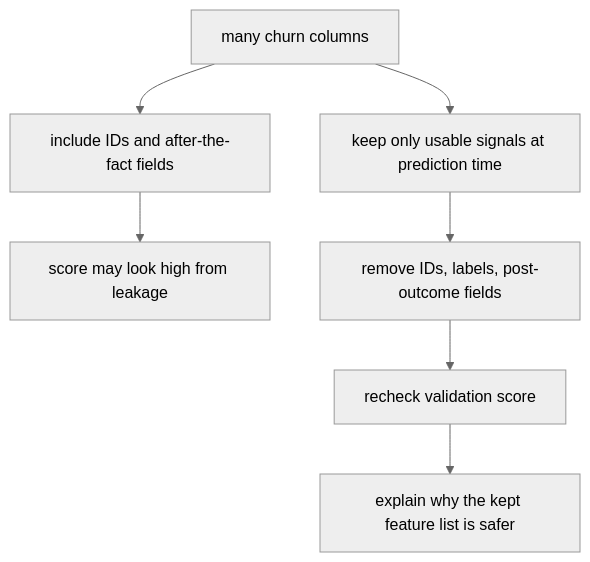
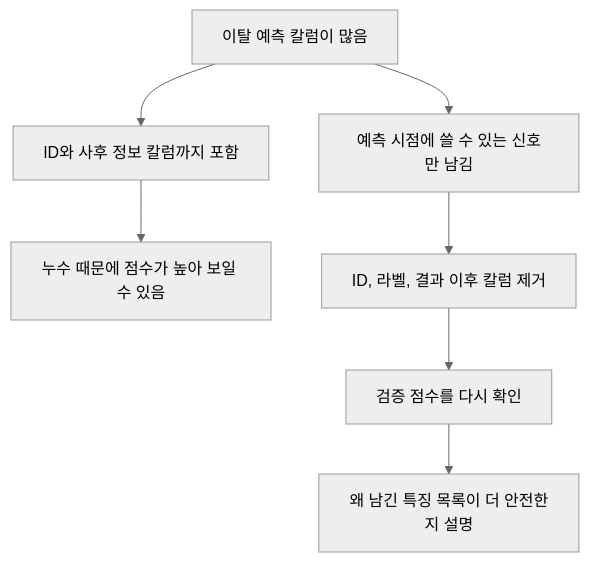
One commit to devchan64/AiBook changed the fourth of 4 diagrams in docs/parts/part-04/chapter-07/section-01.md. Above: the diagram before and after it, drawn with Mermaid (neutral theme). The commit also changed other lines of this file and 138 other files, not shown here.

````diff
--- a/docs/parts/part-04/chapter-07/section-01.md
+++ b/docs/parts/part-04/chapter-07/section-01.md
@@ -530,13 +530,13 @@
 ```mermaid
 flowchart TD
-  A["many churn columns"]
-  B["include IDs and after-the-fact fields"]
-  C["score may look high from leakage"]
-  D["keep only usable signals at prediction time"]
-  E["remove IDs, labels, post-outcome fields"]
-  F["recheck validation score"]
-  G["explain why the kept feature list is safer"]
+  A["이탈 예측 칼럼이 많음"]
+  B["ID와 사후 정보 칼럼까지 포함"]
+  C["누수 때문에 점수가 높아 보일 수 있음"]
+  D["예측 시점에 쓸 수 있는 신호만 남김"]
+  E["ID, 라벨, 결과 이후 칼럼 제거"]
+  F["검증 점수를 다시 확인"]
+  G["왜 남긴 특징 목록이 더 안전한지 설명"]
 
   A --> B --> C
   A --> D --> E --> F --> G
 ```
````
